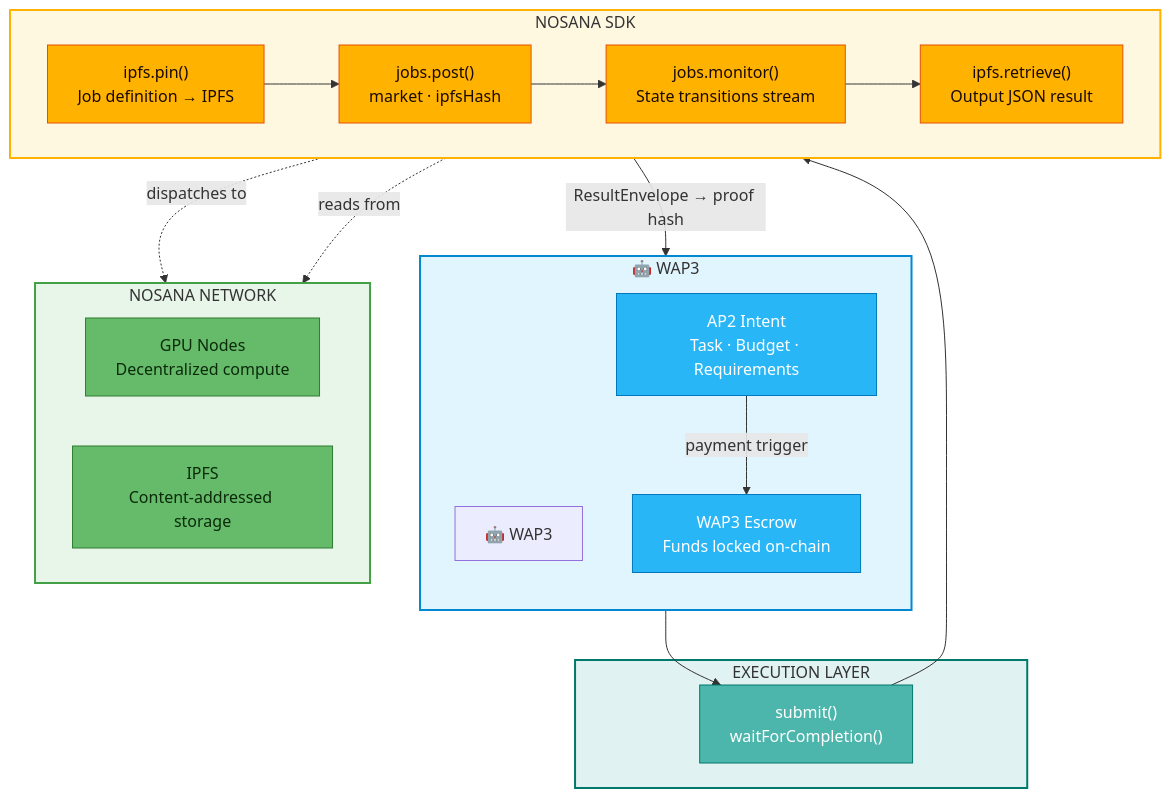
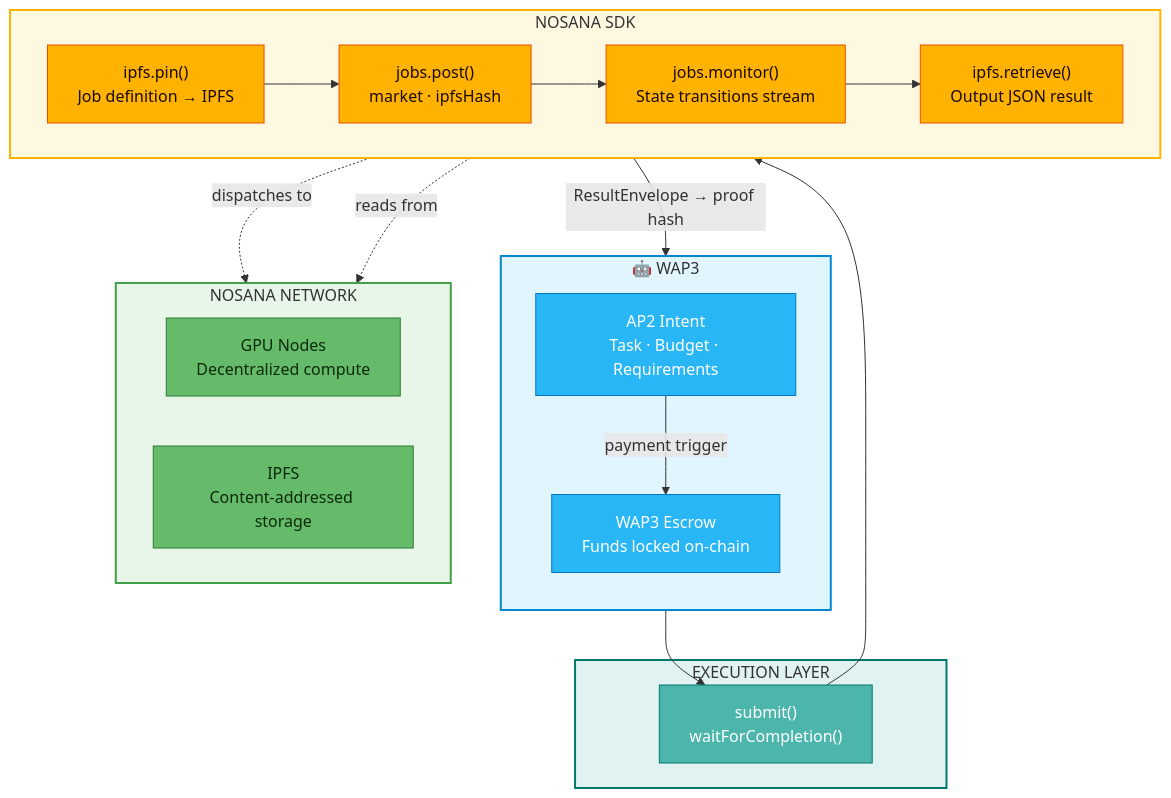
One commit to nelsonjingusc/wap3-agent-payment-poc changed the second of 3 diagrams in docs/NOSANA_INTEGRATION.md. Above: the diagram before and after it, drawn with Mermaid.

Commit message:
update diagram

```diff
--- a/docs/NOSANA_INTEGRATION.md
+++ b/docs/NOSANA_INTEGRATION.md
@@ -90,7 +90,6 @@
 %% =====================
 subgraph APP["🤖  WAP3 "]
     direction TB
-    APP_T["🤖  WAP3"]
     A1["AP2 Intent
 Task · Budget · Requirements"]
     A2["WAP3 Escrow
```
